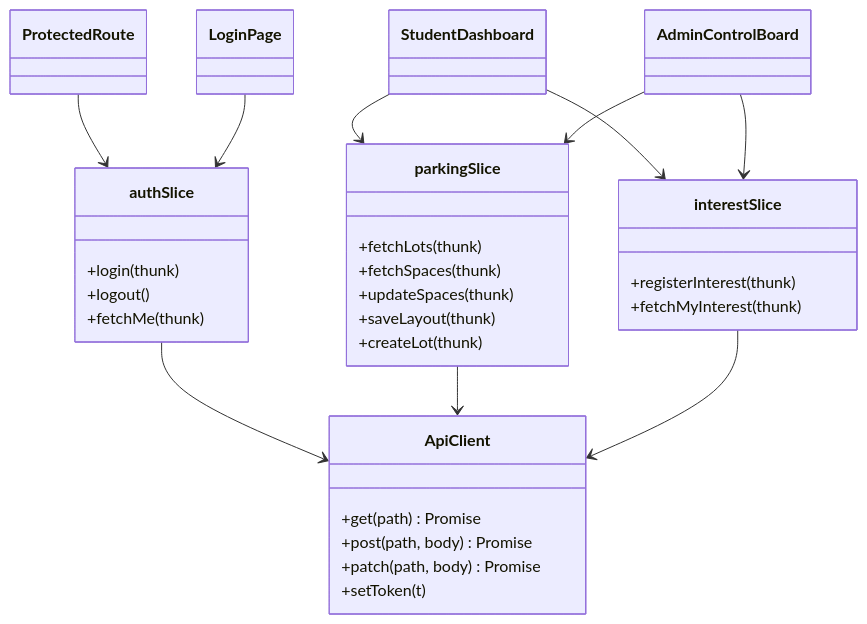
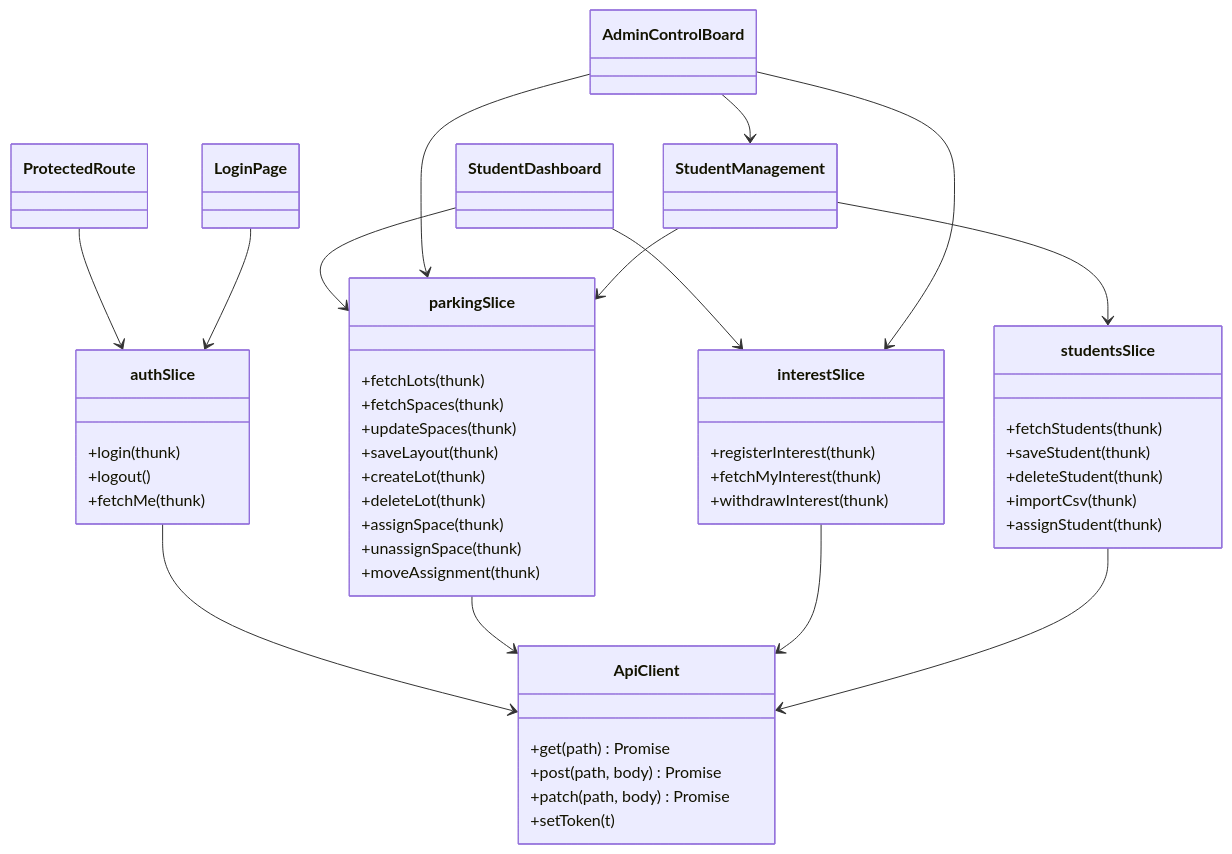
The fourth of 8 diagrams in plan/plan.md (LTRide2/lt-parking-site-project), drawn with Mermaid before and after one commit. The commit also changed other lines of this file and 1 other file, not shown here.

Commit message:
design: reconcile plan.md + UI guide with PoC (roster/dual-identity, preferred-spot interest, size coords, lot number, move/withdraw)

````diff
--- a/plan/plan.md
+++ b/plan/plan.md
@@ -277,39 +309,56 @@
 ```mermaid
 classDiagram
     class ApiClient {
         +get(path) Promise
         +post(path, body) Promise
         +patch(path, body) Promise
         +setToken(t)
     }
     class authSlice {
         +login(thunk)
         +logout()
         +fetchMe(thunk)
     }
     class parkingSlice {
         +fetchLots(thunk)
         +fetchSpaces(thunk)
         +updateSpaces(thunk)
         +saveLayout(thunk)
         +createLot(thunk)
+        +deleteLot(thunk)
+        +assignSpace(thunk)
+        +unassignSpace(thunk)
+        +moveAssignment(thunk)
     }
     class interestSlice {
         +registerInterest(thunk)
         +fetchMyInterest(thunk)
+        +withdrawInterest(thunk)
+    }
+    class studentsSlice {
+        +fetchStudents(thunk)
+        +saveStudent(thunk)
+        +deleteStudent(thunk)
+        +importCsv(thunk)
+        +assignStudent(thunk)
     }
     class ProtectedRoute
     class LoginPage
     class StudentDashboard
     class AdminControlBoard
+    class StudentManagement
 
     authSlice --> ApiClient
     parkingSlice --> ApiClient
     interestSlice --> ApiClient
+    studentsSlice --> ApiClient
     ProtectedRoute --> authSlice
     LoginPage --> authSlice
     StudentDashboard --> interestSlice
     StudentDashboard --> parkingSlice
     AdminControlBoard --> parkingSlice
     AdminControlBoard --> interestSlice
+    StudentManagement --> studentsSlice
+    StudentManagement --> parkingSlice
+    AdminControlBoard --> StudentManagement
 ```
````
